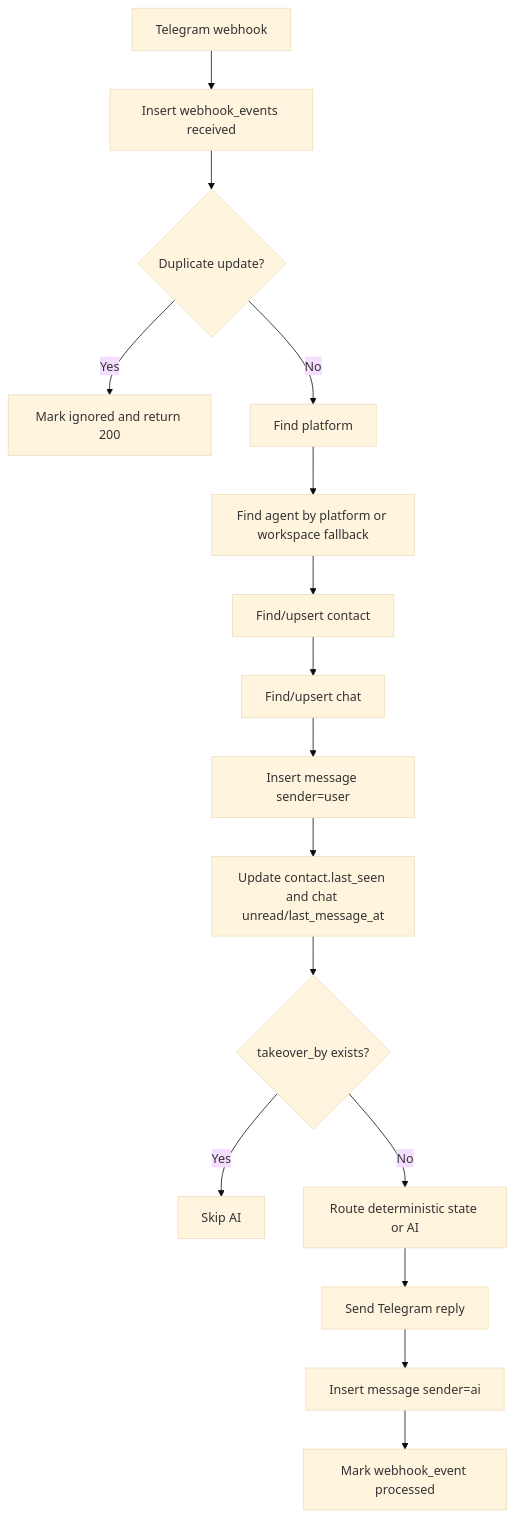
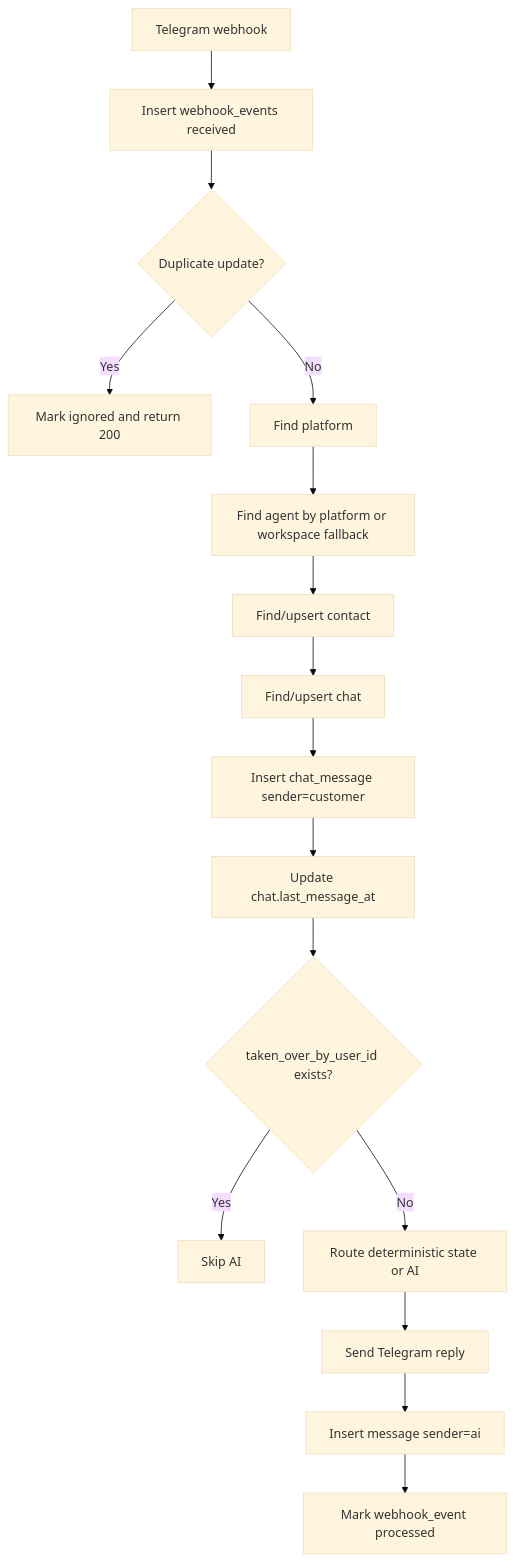
One commit to mridhoda/selaluteh-chatbot-crm changed the second of 5 diagrams in docs/backend/06-data/data-flow.md. Above: the diagram before and after it, drawn with Mermaid (base theme). The commit also changed other lines of this file and 294 other files, not shown here.

````diff
--- a/docs/backend/06-data/data-flow.md
+++ b/docs/backend/06-data/data-flow.md
@@ -93,18 +85,18 @@
 ```mermaid
 flowchart TD
   A[Telegram webhook] --> B[Insert webhook_events received]
   B --> C{Duplicate update?}
   C -->|Yes| D[Mark ignored and return 200]
   C -->|No| E[Find platform]
   E --> F[Find agent by platform or workspace fallback]
   F --> G[Find/upsert contact]
   G --> H[Find/upsert chat]
-  H --> I[Insert message sender=user]
-  I --> J[Update contact.last_seen and chat unread/last_message_at]
-  J --> K{takeover_by exists?}
+  H --> I[Insert chat_message sender=customer]
+  I --> J[Update chat.last_message_at]
+  J --> K{taken_over_by_user_id exists?}
   K -->|Yes| L[Skip AI]
   K -->|No| M[Route deterministic state or AI]
   M --> N[Send Telegram reply]
   N --> O[Insert message sender=ai]
   O --> P[Mark webhook_event processed]
 ```
````
